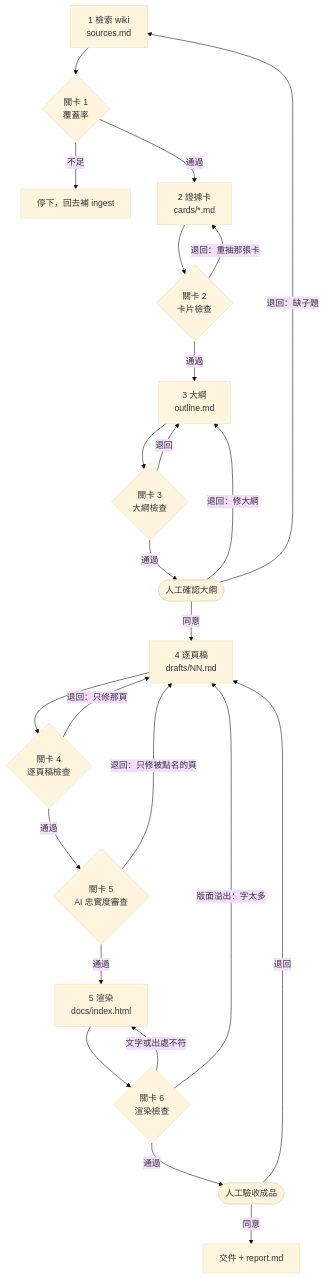
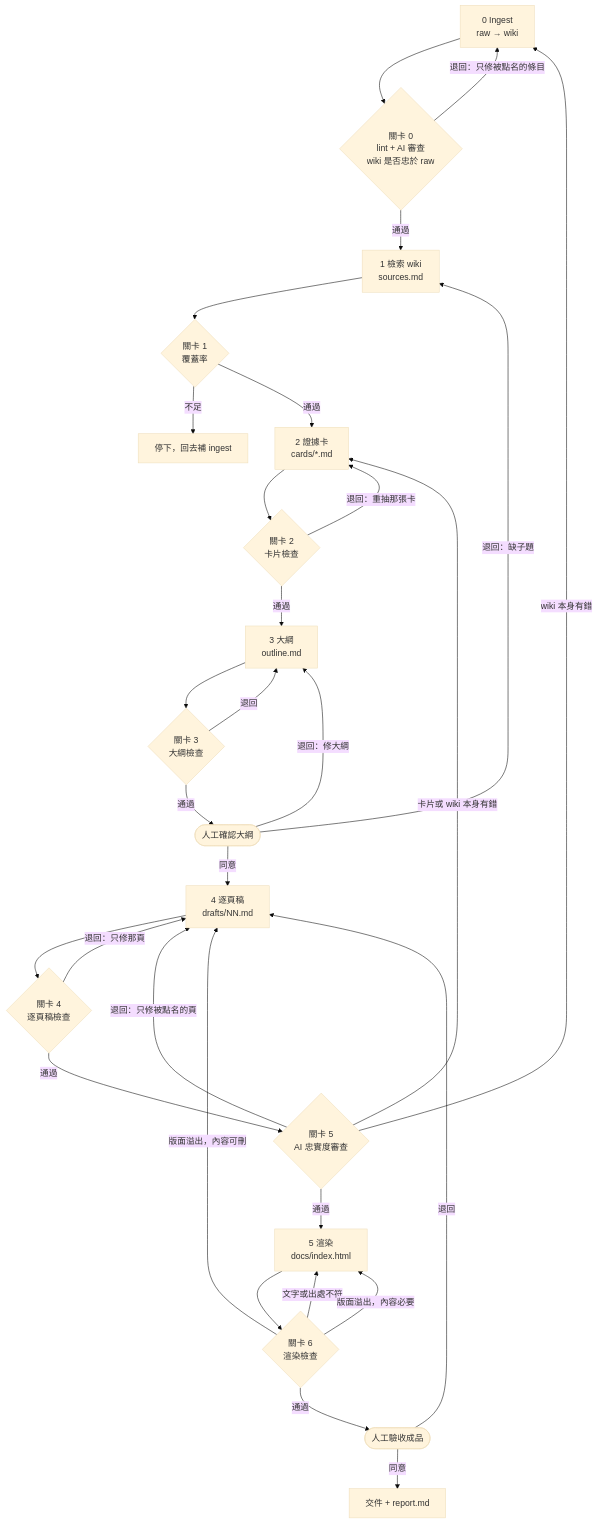
The diagram in workflow/topic-slides.md (curtis618/context-engineering-llm-wiki), drawn with Mermaid (base theme) before and after one commit. The commit also changed other lines of this file and 1 other file, not shown here.

Commit message:
workflow 改為 v2：忠實度審查往前移到 ingest（關卡 0），AGENTS.md 加上「不同觀點」的使用條件

````diff
--- a/workflow/topic-slides.md
+++ b/workflow/topic-slides.md
@@ -8,26 +10,32 @@
 ```mermaid
 flowchart TD
+    I[0 Ingest<br/>raw → wiki] --> G0{關卡 0<br/>lint + AI 審查<br/>wiki 是否忠於 raw}
+    G0 -- 退回：只修被點名的條目 --> I
+    G0 -- 通過 --> A
     A[1 檢索 wiki<br/>sources.md] --> G1{關卡 1<br/>覆蓋率}
     G1 -- 不足 --> STOP[停下，回去補 ingest]
     G1 -- 通過 --> B[2 證據卡<br/>cards/*.md]
     B --> G2{關卡 2<br/>卡片檢查}
     G2 -- 退回：重抽那張卡 --> B
     G2 -- 通過 --> C[3 大綱<br/>outline.md]
     C --> G3{關卡 3<br/>大綱檢查}
     G3 -- 退回 --> C
     G3 -- 通過 --> H1([人工確認大綱])
     H1 -- 退回：修大綱 --> C
     H1 -- 退回：缺子題 --> A
     H1 -- 同意 --> D[4 逐頁稿<br/>drafts/NN.md]
     D --> G4{關卡 4<br/>逐頁稿檢查}
     G4 -- 退回：只修那頁 --> D
     G4 -- 通過 --> G5{關卡 5<br/>AI 忠實度審查}
     G5 -- 退回：只修被點名的頁 --> D
+    G5 -- 卡片或 wiki 本身有錯 --> B
+    G5 -- wiki 本身有錯 --> I
     G5 -- 通過 --> E[5 渲染<br/>docs/index.html]
     E --> G6{關卡 6<br/>渲染檢查}
     G6 -- 文字或出處不符 --> E
-    G6 -- 版面溢出：字太多 --> D
+    G6 -- 版面溢出，內容可刪 --> D
+    G6 -- 版面溢出，內容必要 --> E
     G6 -- 通過 --> H2([人工驗收成品])
     H2 -- 退回 --> D
     H2 -- 同意 --> F[交件 + report.md]
 ```
````
